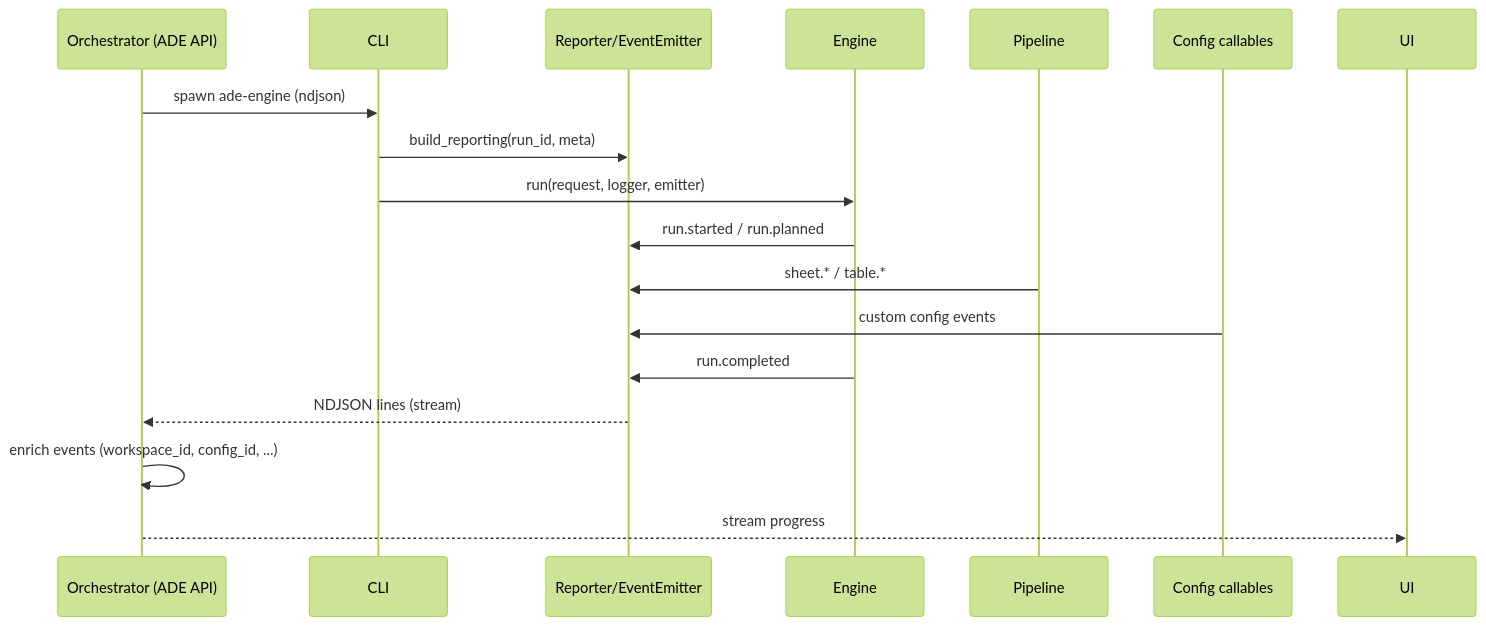
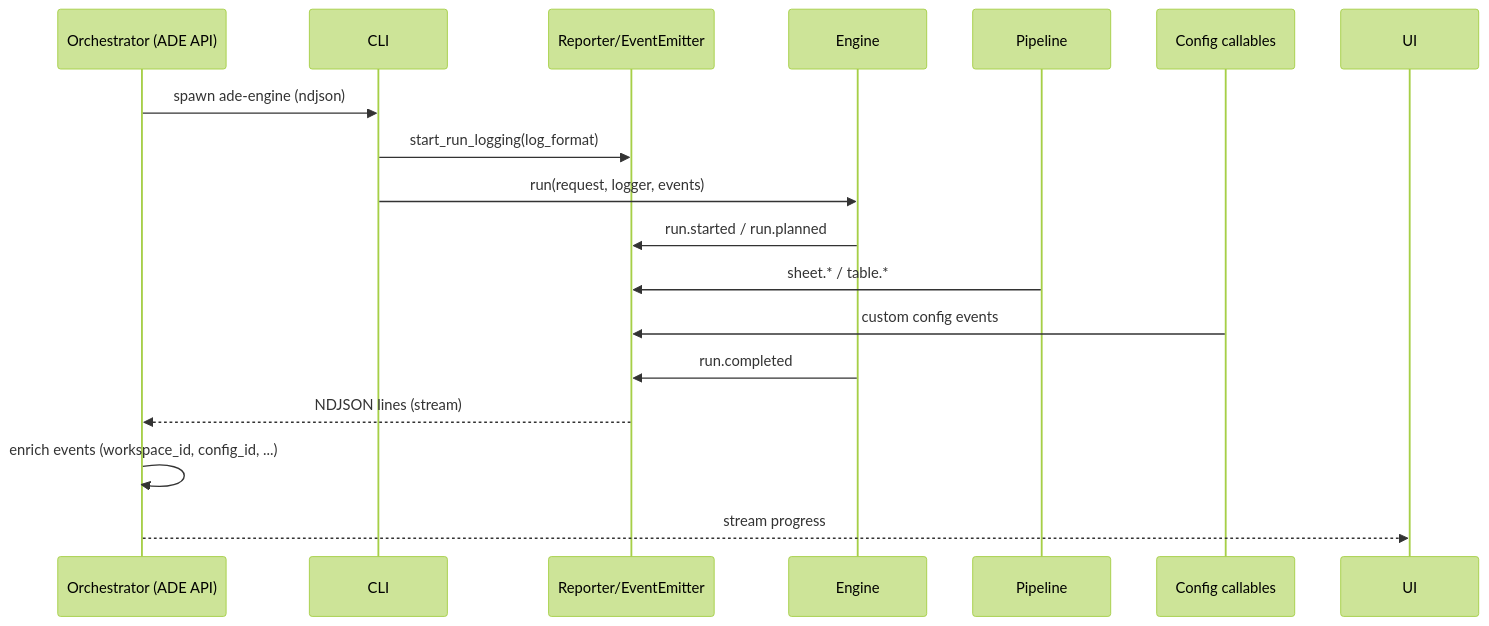
Before and after one commit to clac-ca/ade-engine: the second of 2 diagrams in AGENTS.md, drawn with Mermaid (forest theme). The commit also changed other lines of this file and 29 other files, not shown here.

````diff
--- a/AGENTS.md
+++ b/AGENTS.md
@@ -136,20 +133,20 @@
 ```mermaid
 sequenceDiagram
   participant API as Orchestrator (ADE API)
   participant CLI as CLI
   participant Rep as Reporter/EventEmitter
   participant Eng as Engine
   participant Pipe as Pipeline
   participant Cfg as Config callables
 
   API->>CLI: spawn ade-engine (ndjson)
-  CLI->>Rep: build_reporting(run_id, meta)
-  CLI->>Eng: run(request, logger, emitter)
+  CLI->>Rep: start_run_logging(log_format)
+  CLI->>Eng: run(request, logger, events)
   Eng->>Rep: run.started / run.planned
   Pipe->>Rep: sheet.* / table.*
   Cfg->>Rep: custom config events
   Eng->>Rep: run.completed
   Rep-->>API: NDJSON lines (stream)
   API->>API: enrich events (workspace_id, config_id, ...)
   API-->>UI: stream progress
 ```
````
